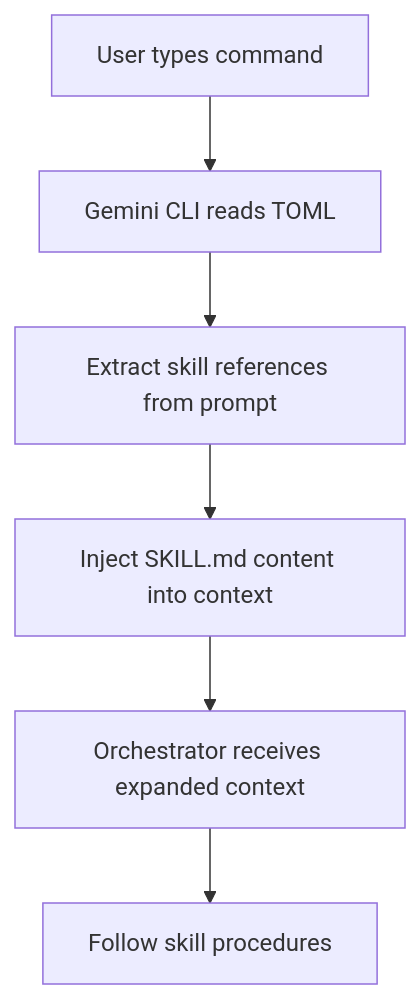
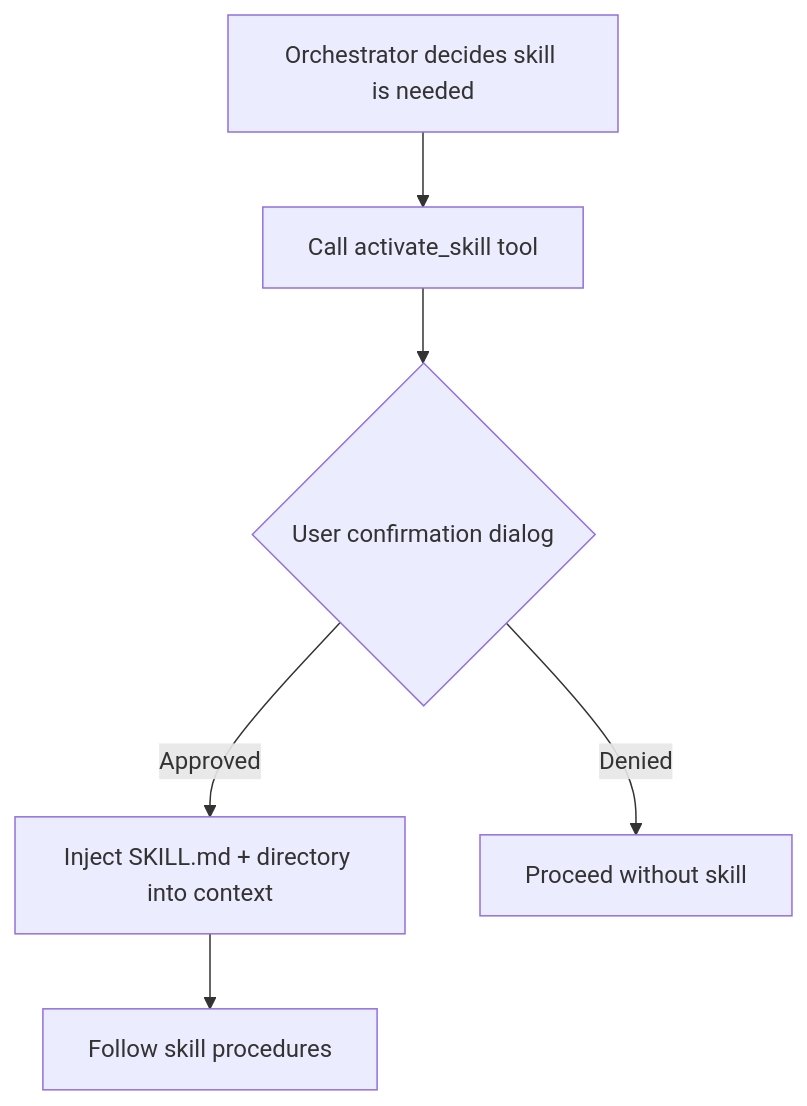
One commit to josstei/maestro-gemini changed the second of 4 diagrams in docs/architecture/skills-and-commands.md. Above: the diagram before and after it, drawn with Mermaid. The commit also changed other lines of this file and 2 other files, not shown here.

First line of the commit message:
fix(docs): correct YOLO mode scope and activate_skill mechanism

````diff
--- a/docs/architecture/skills-and-commands.md
+++ b/docs/architecture/skills-and-commands.md
@@ -40,8 +40,8 @@
 ```mermaid
 flowchart TD
-    A[User types command] --> B[Gemini CLI reads TOML]
-    B --> C[Extract skill references from prompt]
-    C --> D[Inject SKILL.md content into context]
-    D --> E[Orchestrator receives expanded context]
-    E --> F[Follow skill procedures]
+    A[Orchestrator decides skill is needed] --> B[Call activate_skill tool]
+    B --> C{User confirmation dialog}
+    C -->|Approved| D[Inject SKILL.md + directory into context]
+    C -->|Denied| E[Proceed without skill]
+    D --> F[Follow skill procedures]
 ```
````
